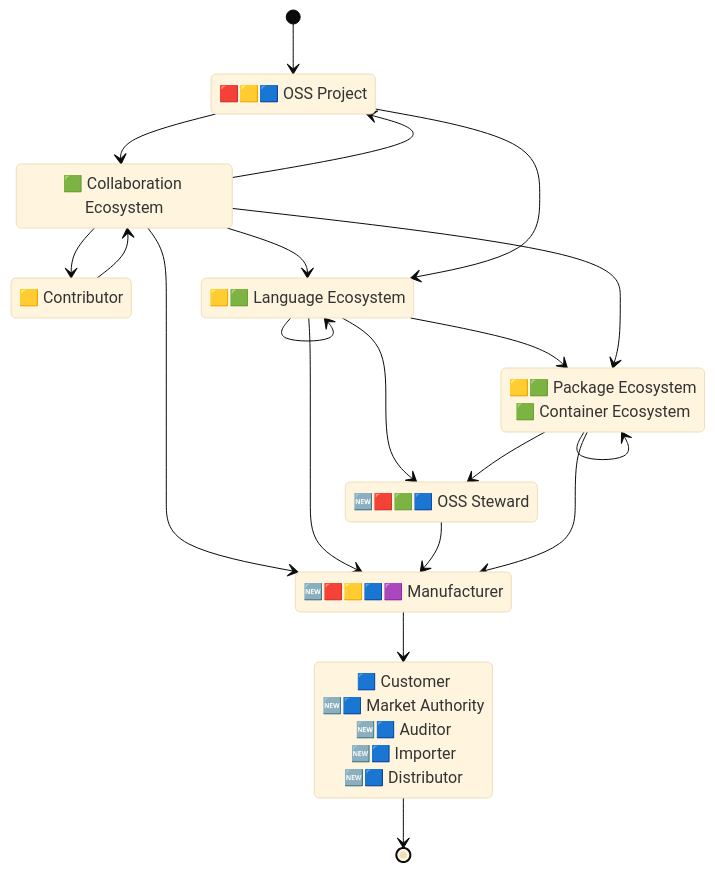
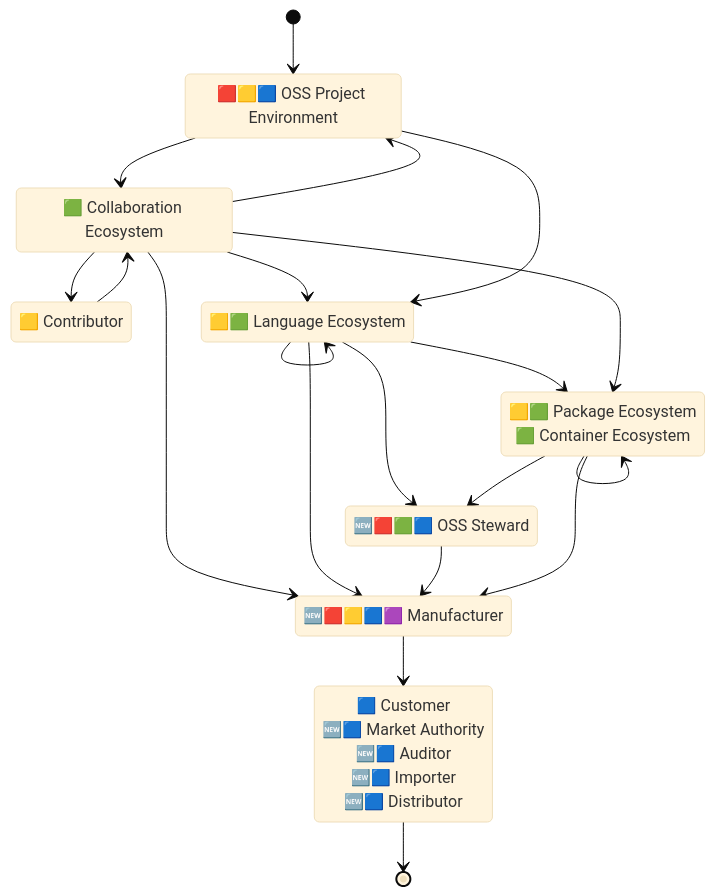
Before and after one commit to CPAN-Security/security.metacpan.org: the second of 5 diagrams in docs/supplychain-sbom.md, drawn with Mermaid (base theme). The commit also changed other lines of this file, not shown here.

````diff
--- a/docs/supplychain-sbom.md
+++ b/docs/supplychain-sbom.md
@@ -126,43 +126,43 @@
 ```mermaid
 stateDiagram-v2
     direction TB
 
-    state "🟥🟨🟦 OSS Project" as environment_opensource
+    state "🟥🟨🟦 OSS Project Environment" as environment_opensource
     state "🟨 Contributor" as environment_contributor
     state "🟩 Collaboration Ecosystem" as ecosystem_repo
     state "🟨🟩 Language Ecosystem" as ecosystem_lang
     state "🟨🟩 Package Ecosystem<br>🟩 Container Ecosystem" as ecosystem_package
     %%state "🟨🟩 Package Ecosystem" as ecosystem_package
     %%state "🟩 Container Ecosystem" as ecosystem_container
     state "🆕🟥🟩🟦 OSS Steward" as ecosystem_steward
     state "🆕🟥🟨🟦🟪 Manufacturer" as environment_manufacturer
     state "🟦 Customer<br>🆕🟦 Market Authority<br>🆕🟦 Auditor<br>🆕🟦 Importer<br>🆕🟦 Distributor" as authority_auditor
 
     [*]                      --> environment_opensource
     ecosystem_repo           --> environment_opensource
     ecosystem_lang           --> ecosystem_package
     ecosystem_repo           --> ecosystem_package
     ecosystem_repo           --> ecosystem_lang
     %%ecosystem_repo           --> ecosystem_container
     ecosystem_repo           --> environment_manufacturer
     ecosystem_repo           --> environment_contributor
     environment_contributor  --> ecosystem_repo
     environment_opensource   --> ecosystem_lang
     environment_opensource   --> ecosystem_repo
     %%ecosystem_package        --> ecosystem_container
     %%ecosystem_lang           --> ecosystem_container
     ecosystem_lang           --> ecosystem_steward
     ecosystem_lang           --> environment_manufacturer
     ecosystem_steward        --> environment_manufacturer
     ecosystem_package        --> ecosystem_steward
     %%ecosystem_container      --> ecosystem_steward
     environment_manufacturer --> authority_auditor
     %%ecosystem_container      --> environment_manufacturer
     ecosystem_package        --> environment_manufacturer
     ecosystem_lang           --> ecosystem_lang
     ecosystem_package        --> ecosystem_package
     authority_auditor        --> [*]
 
     %% Copyright © 2025 Salve J. Nilsen <sjn@oslo.pm>
     %% Some rights reserved. Licensed CC-BY-SA-4.0
 ```
````
